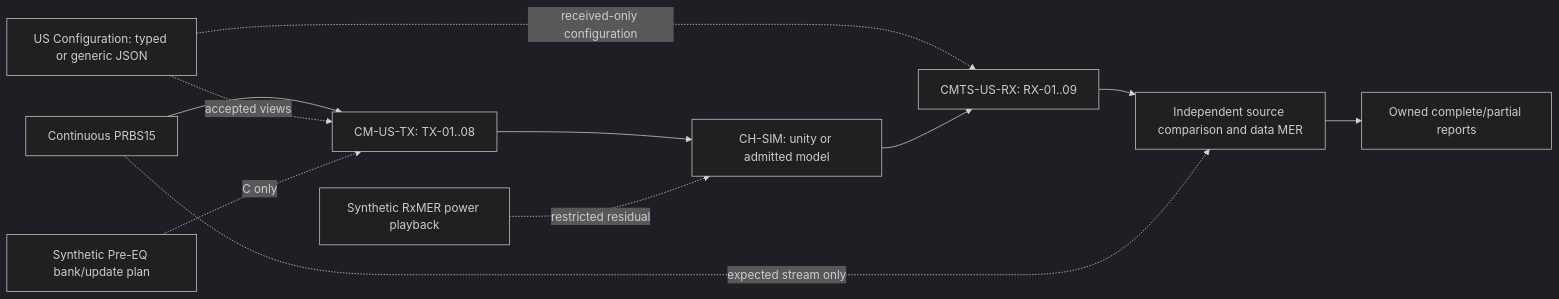
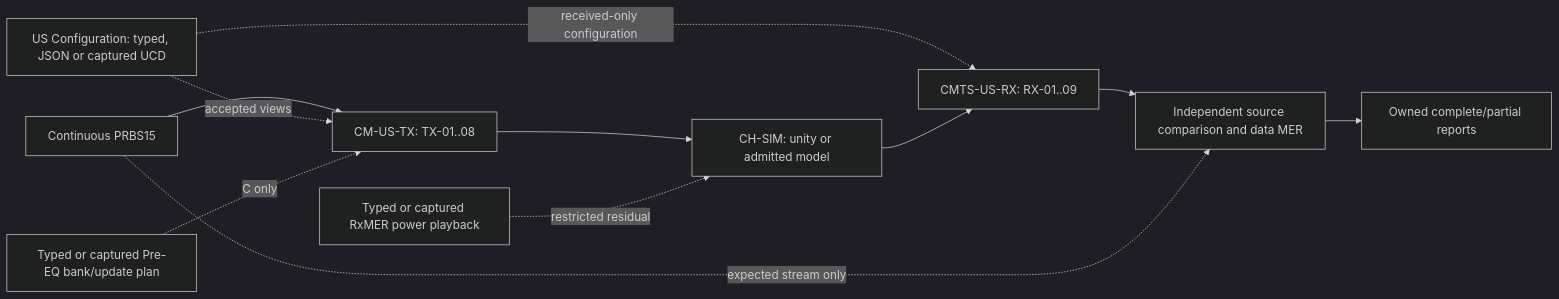
One commit to PyPNMApps/morgana changed the first of 15 diagrams in docs/architecture.md. Above: the diagram before and after it, drawn with Mermaid (dark theme). The commit also changed other lines of this file and 59 other files, not shown here.

````diff
--- a/docs/architecture.md
+++ b/docs/architecture.md
@@ -49,13 +51,13 @@
 ```mermaid
 flowchart LR
     PRBS[Continuous PRBS15] --> TX[CM-US-TX: TX-01..08]
-    CFG[US Configuration: typed or generic JSON] -. accepted views .-> TX
+    CFG[US Configuration: typed, JSON or captured UCD] -. accepted views .-> TX
     CFG -. received-only configuration .-> RX
-    PRE[Synthetic Pre-EQ bank/update plan] -. C only .-> TX
+    PRE[Typed or captured Pre-EQ bank/update plan] -. C only .-> TX
     TX --> CH[CH-SIM: unity or admitted model]
-    MER[Synthetic RxMER power playback] -. restricted residual .-> CH
+    MER[Typed or captured RxMER power playback] -. restricted residual .-> CH
     CH --> RX[CMTS-US-RX: RX-01..09]
     RX --> VERIFY[Independent source comparison and data MER]
     PRBS -. expected stream only .-> VERIFY
     VERIFY --> REPORT[Owned complete/partial reports]
 ```
````
